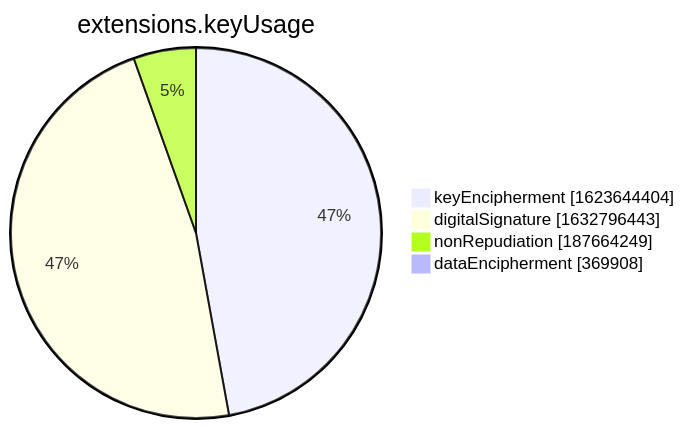
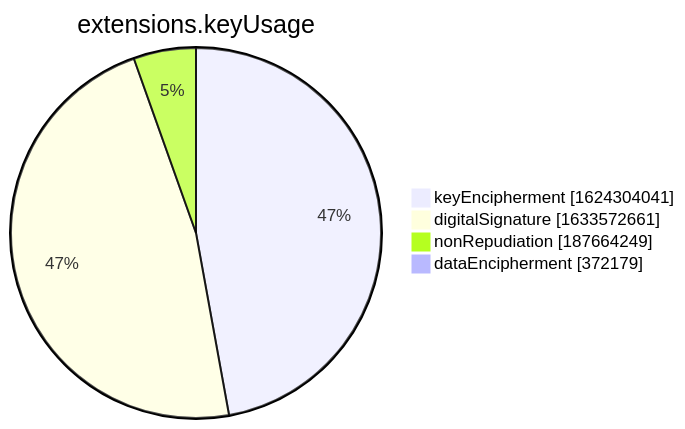
Before and after one commit to christiankrug/ctmonitor_visualization: the seventh of 15 diagrams in xenon2022/README.md, drawn with Mermaid. The commit also changed other lines of this file, not shown here.

````diff
--- a/xenon2022/README.md
+++ b/xenon2022/README.md
@@ -2855,8 +2855,8 @@
 ```mermaid
 pie showData
 title extensions.keyUsage
-"keyEncipherment" :1623644404
-"digitalSignature" :1632796443
+"keyEncipherment" :1624304041
+"digitalSignature" :1633572661
 "nonRepudiation" :187664249
-"dataEncipherment" :369908
+"dataEncipherment" :372179
 ```
````
